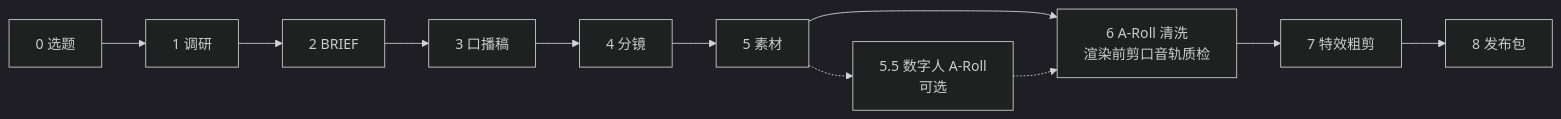
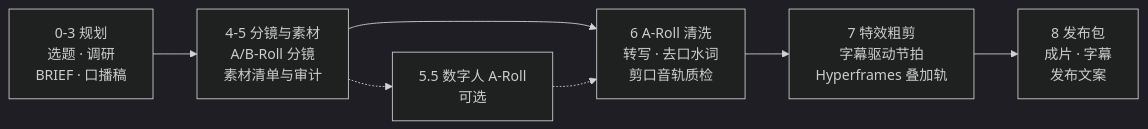
One commit to mileson/chaojifeng-video-content-creator changed the diagram in README.md. Above: the diagram before and after it, drawn with Mermaid (dark theme). The commit also changed 2 other files, not shown here.

Commit message:
优化流程图并规范许可证
- 优化,README 流程图合并为 6 个节点，窄屏下文字更清晰
- 修复,LICENSE 恢复标准 MIT 文本，便于 GitHub 识别许可证

````diff
--- a/README.md
+++ b/README.md
@@ -76,7 +76,8 @@
 ```mermaid
 flowchart LR
-    A["0 选题"] --> B["1 调研"] --> C["2 BRIEF"] --> D["3 口播稿"] --> E["4 分镜"] --> F["5 素材"]
-    F --> G["6 A-Roll 清洗<br/>渲染前剪口音轨质检"]
-    F -.-> H["5.5 数字人 A-Roll<br/>可选"] -.-> G
-    G --> I["7 特效粗剪"] --> J["8 发布包"]
+    P["0-3 规划<br/>选题 · 调研<br/>BRIEF · 口播稿"] --> S["4-5 分镜与素材<br/>A/B-Roll 分镜<br/>素材清单与审计"]
+    S --> C["6 A-Roll 清洗<br/>转写 · 去口水词<br/>剪口音轨质检"]
+    S -.-> D["5.5 数字人 A-Roll<br/>可选"] -.-> C
+    C --> E["7 特效粗剪<br/>字幕驱动节拍<br/>Hyperframes 叠加轨"]
+    E --> F["8 发布包<br/>成片 · 字幕<br/>发布文案"]
 ```
````
